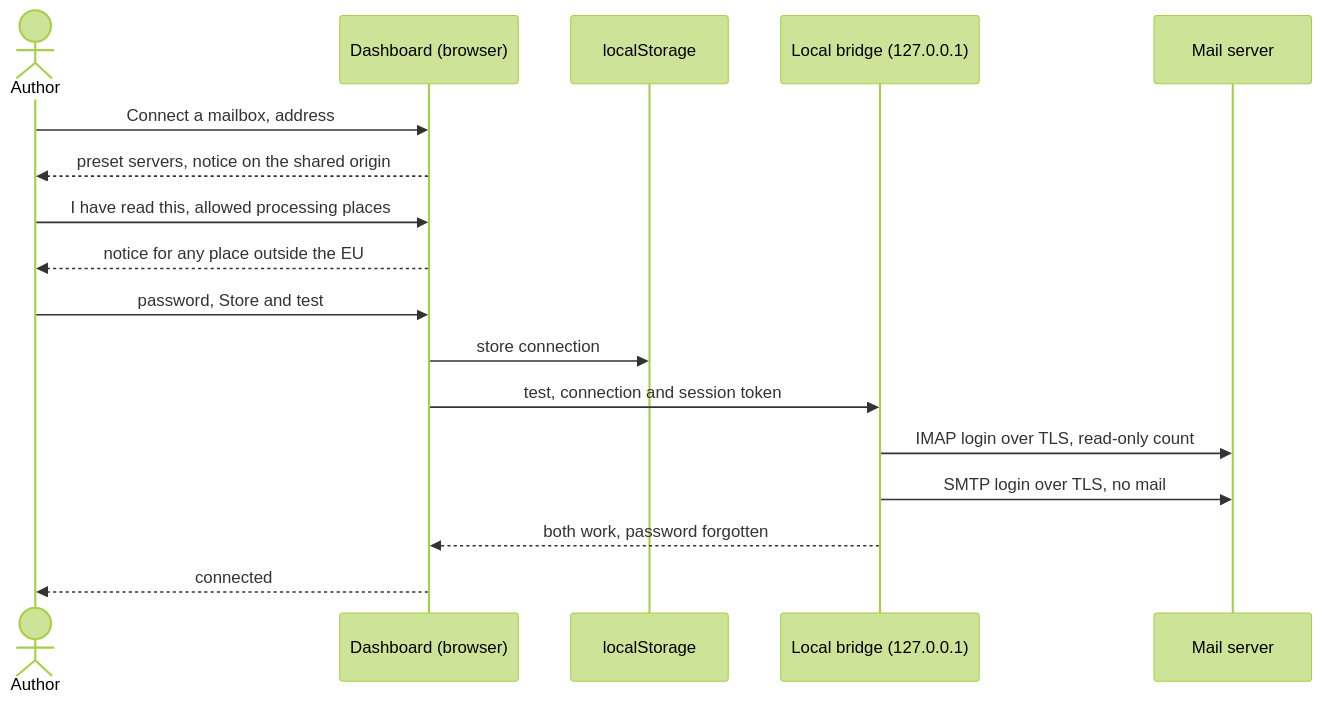
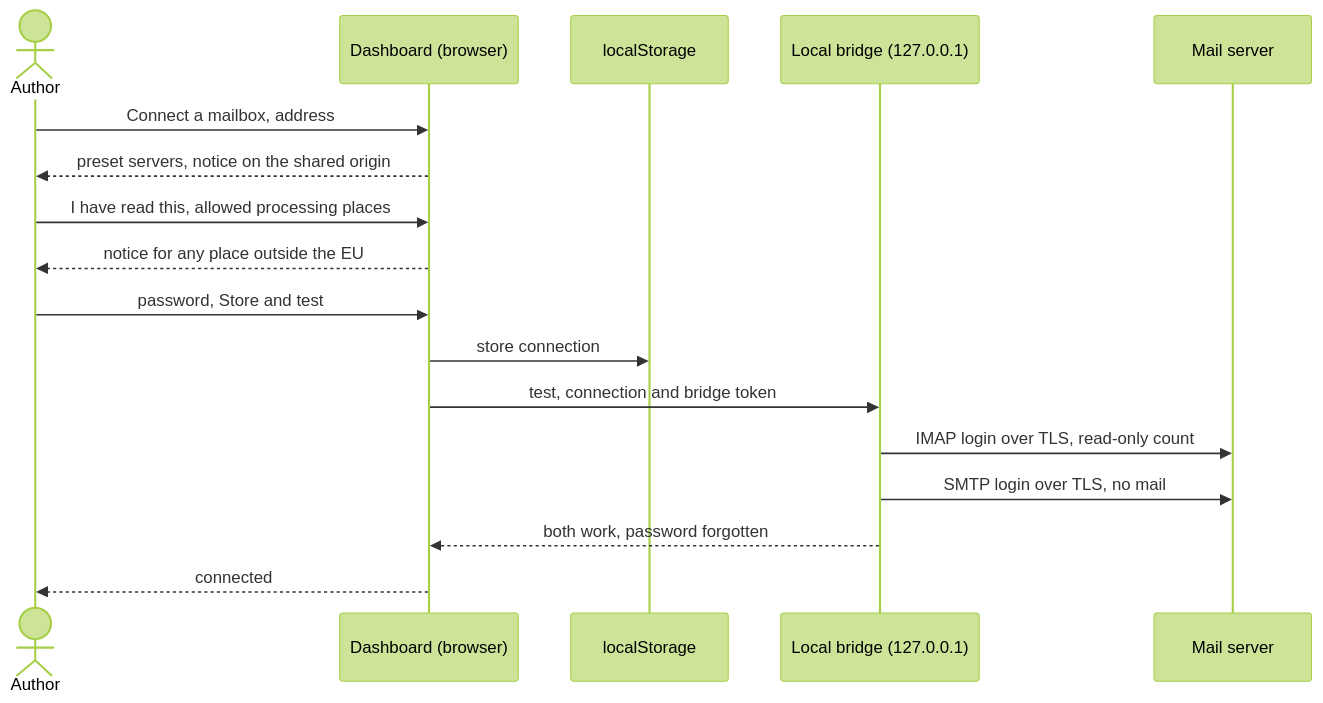
One commit to akmaier/agent-m changed the diagram in docs/use-cases/UC-037-connect-a-mailbox.md. Above: the diagram before and after it, drawn with Mermaid (forest theme). The commit also changed other lines of this file and 29 other files, not shown here.

````diff
--- a/docs/use-cases/UC-037-connect-a-mailbox.md
+++ b/docs/use-cases/UC-037-connect-a-mailbox.md
@@ -86,19 +86,19 @@
 ```mermaid
 sequenceDiagram
     actor A as Author
     participant D as Dashboard (browser)
     participant L as localStorage
     participant B as Local bridge (127.0.0.1)
     participant S as Mail server
     A->>D: Connect a mailbox, address
     D-->>A: preset servers, notice on the shared origin
     A->>D: I have read this, allowed processing places
     D-->>A: notice for any place outside the EU
     A->>D: password, Store and test
     D->>L: store connection
-    D->>B: test, connection and session token
+    D->>B: test, connection and bridge token
     B->>S: IMAP login over TLS, read-only count
     B->>S: SMTP login over TLS, no mail
     B-->>D: both work, password forgotten
     D-->>A: connected
 ```
````
